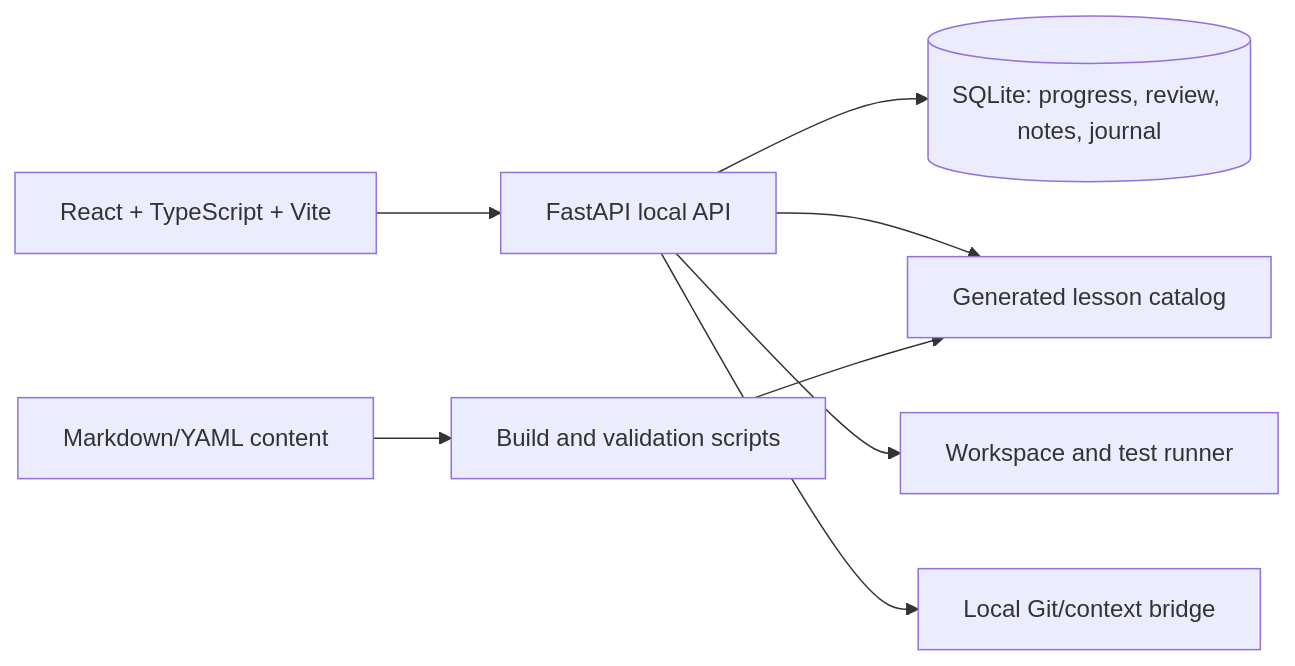
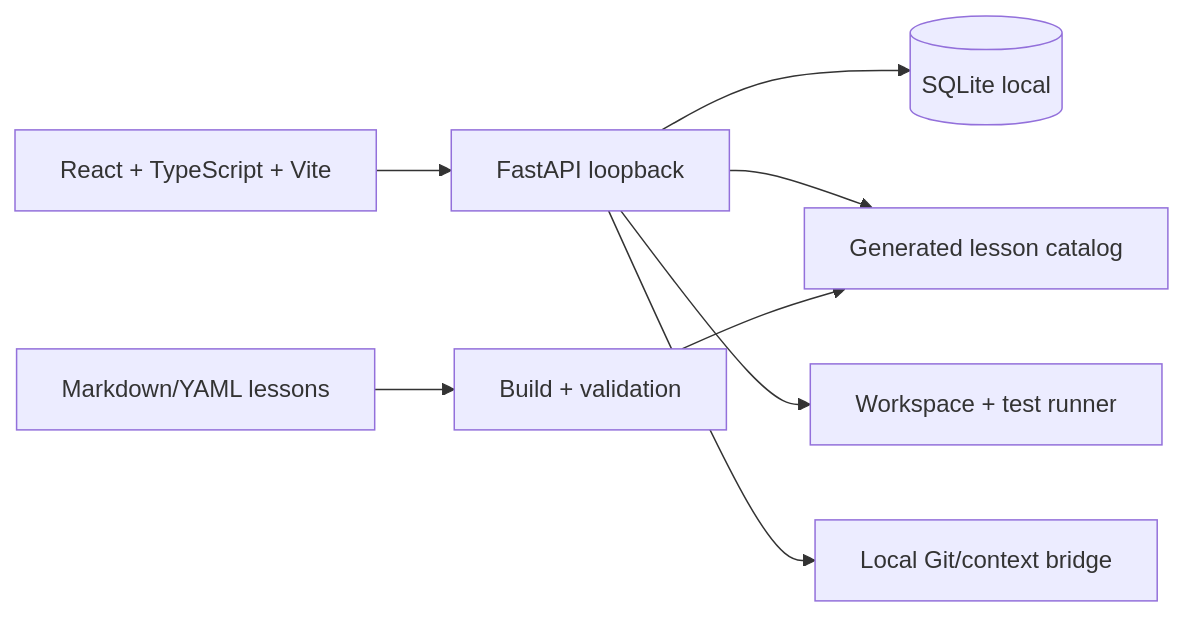
One commit to Hzyl/JourneyAIEngineer changed the diagram in README.md. Above: the diagram before and after it, drawn with Mermaid. The commit also changed other lines of this file and 5 other files, not shown here.

````diff
--- a/README.md
+++ b/README.md
@@ -52,10 +212,10 @@
-```mermaid
+~~~mermaid
 flowchart LR
-    UI[React + TypeScript + Vite] --> API[FastAPI local API]
-    API --> DB[(SQLite: progress, review, notes, journal)]
+    UI[React + TypeScript + Vite] --> API[FastAPI loopback]
+    API --> DB[(SQLite local)]
     API --> CAT[Generated lesson catalog]
-    API --> WS[Workspace and test runner]
+    API --> WS[Workspace + test runner]
     API --> GIT[Local Git/context bridge]
-    SRC[Markdown/YAML content] --> BUILD[Build and validation scripts]
+    SRC[Markdown/YAML lessons] --> BUILD[Build + validation]
     BUILD --> CAT
-```
+~~~
````
